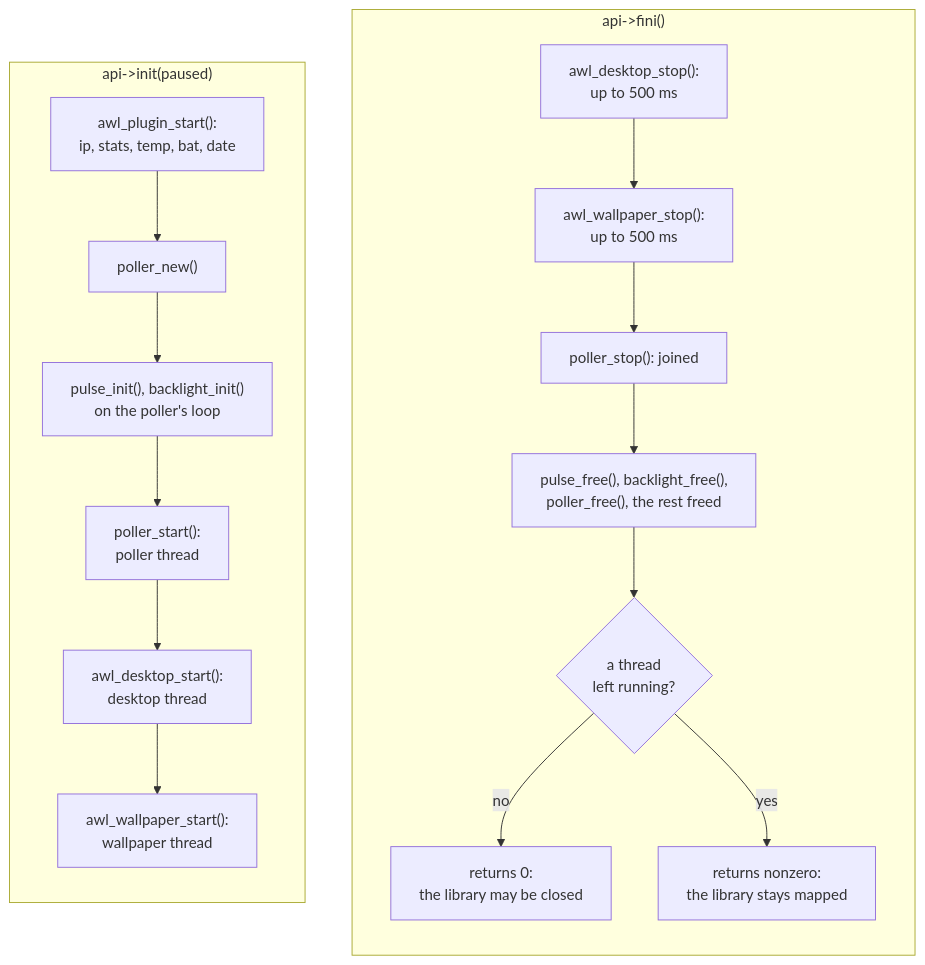
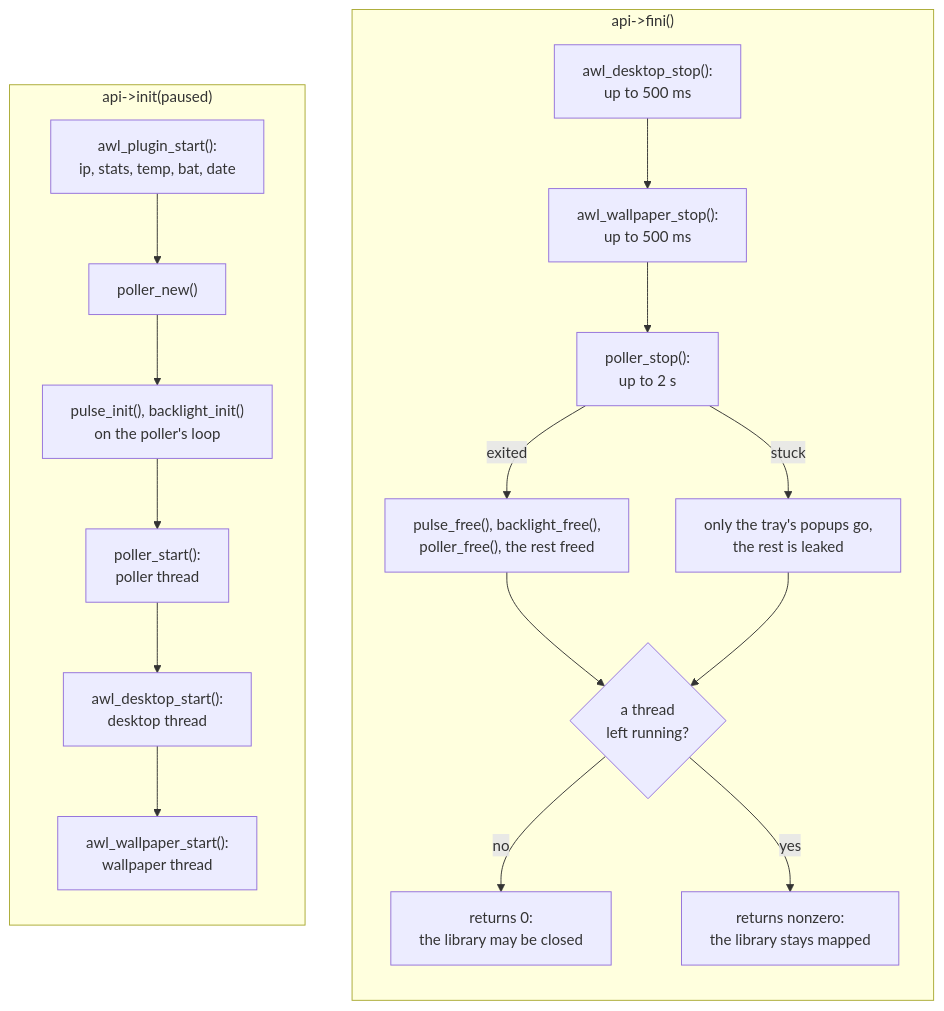
The third of 3 diagrams in doc/reload.rst (alcubierre-drive/awl), drawn with Mermaid before and after one commit. The commit also changed other lines of this file and 83 other files, not shown here.

```diff
--- a/doc/reload.rst
+++ b/doc/reload.rst
@@ -126,18 +128,21 @@
 .. mermaid::
 
    flowchart LR
      subgraph init["api->init(paused)"]
        direction TB
        i1["awl_plugin_start():<br/>ip, stats, temp, bat, date"] --> i2["poller_new()"]
        i2 --> i3["pulse_init(), backlight_init()<br/>on the poller's loop"] --> i4["poller_start():<br/>poller thread"]
        i4 --> i5["awl_desktop_start():<br/>desktop thread"] --> i6["awl_wallpaper_start():<br/>wallpaper thread"]
      end
      subgraph fini["api->fini()"]
        direction TB
        f1["awl_desktop_stop():<br/>up to 500 ms"] --> f2["awl_wallpaper_stop():<br/>up to 500 ms"]
-       f2 --> f3["poller_stop(): joined"] --> f4["pulse_free(), backlight_free(),<br/>poller_free(), the rest freed"]
+       f2 --> f3["poller_stop():<br/>up to 2 s"]
+       f3 -- exited --> f4["pulse_free(), backlight_free(),<br/>poller_free(), the rest freed"]
+       f3 -- stuck --> f5["only the tray's popups go,<br/>the rest is leaked"]
        f4 --> stuck{"a thread<br/>left running?"}
+       f5 --> stuck
        stuck -- no --> r0["returns 0:<br/>the library may be closed"]
        stuck -- yes --> r1["returns nonzero:<br/>the library stays mapped"]
      end
      init ~~~ fini
```
